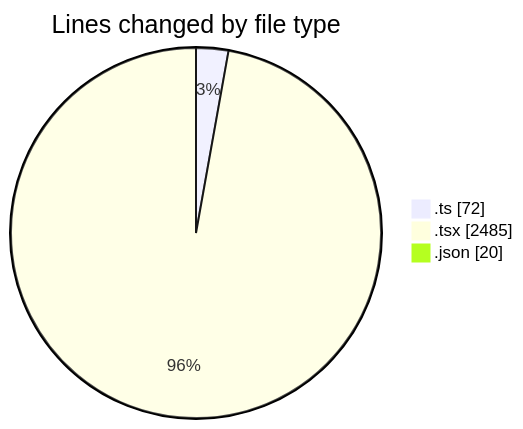
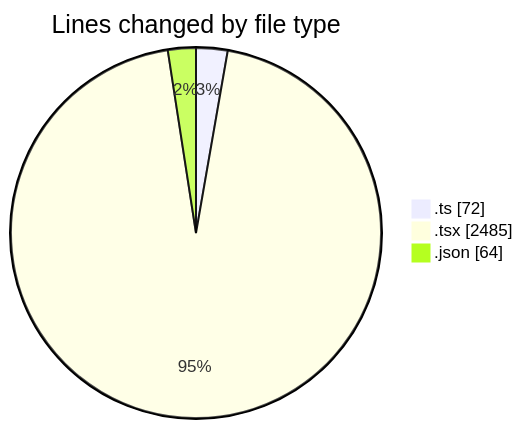
The first of 2 diagrams in 2025-09-25/cda/README.md (momahboobian/code-tracking), drawn with Mermaid before and after one commit. The commit also changed other lines of this file and 1 other file, not shown here.

````diff
--- a/2025-09-25/cda/README.md
+++ b/2025-09-25/cda/README.md
@@ -32,7 +33,7 @@
 ```mermaid
 pie showData
 title Lines changed by file type
 ".ts" : 72
 ".tsx" : 2485
-".json" : 20
+".json" : 64
 ```
````
